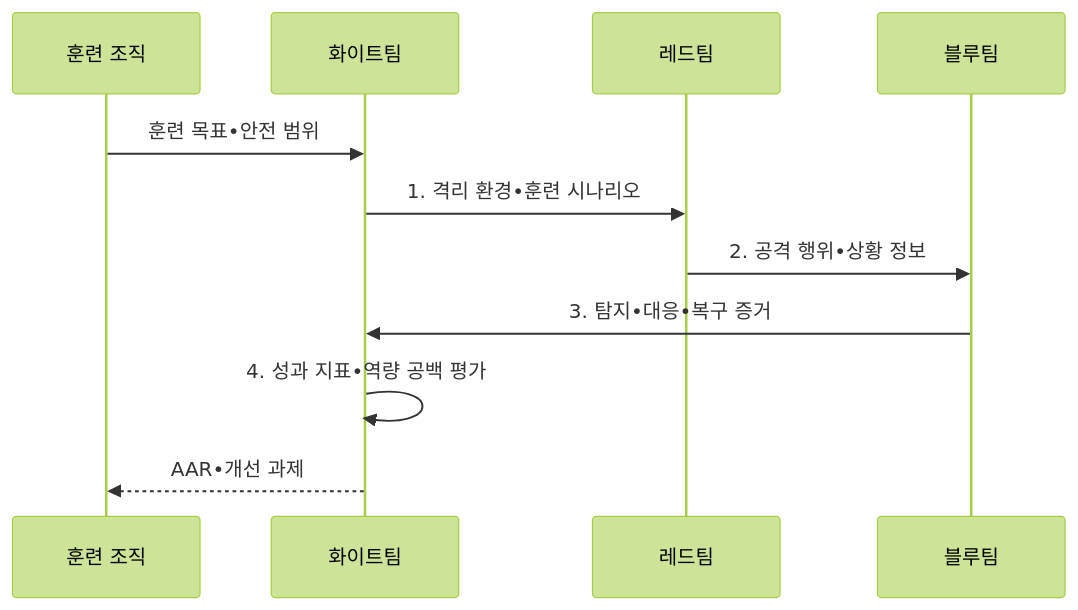
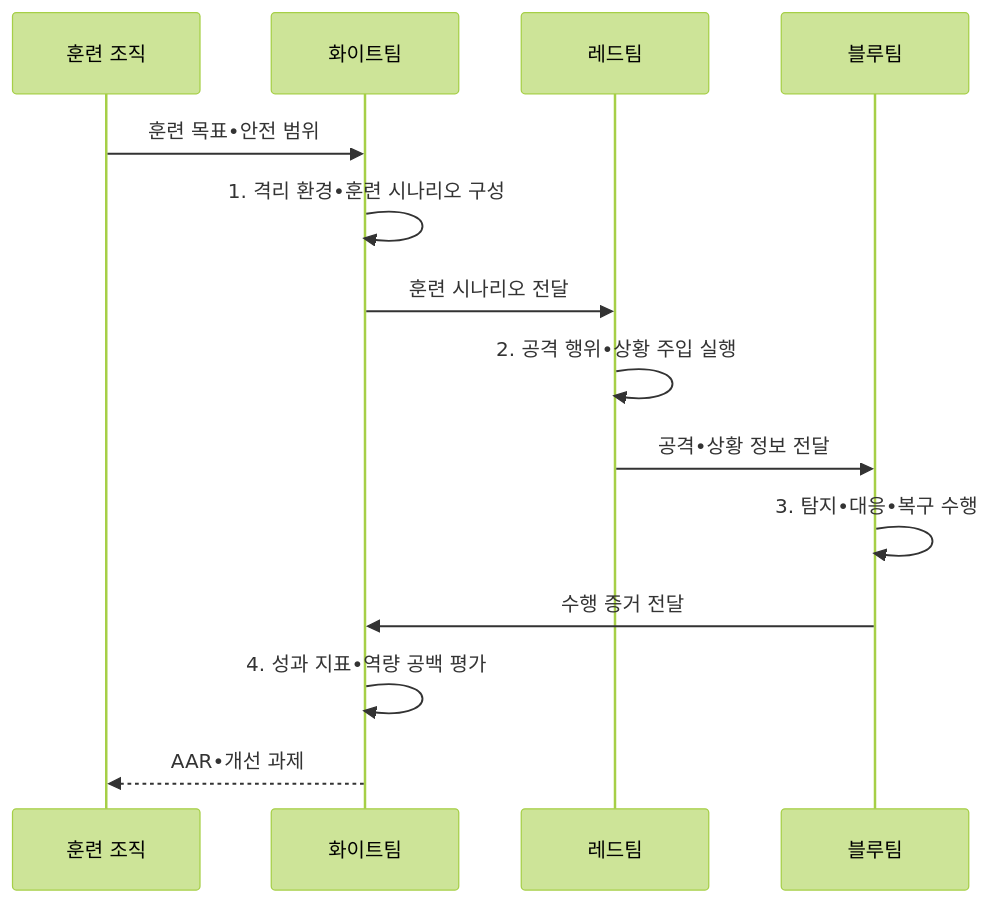
Before and after one commit to agnusdei1207/knowledge-base: the second of 2 diagrams in src/content/docs/notes/05-security/123_cyber_range_training.md, drawn with Mermaid (forest theme). The commit also changed other lines of this file and 19 other files, not shown here.

````diff
--- a/src/content/docs/notes/05-security/123_cyber_range_training.md
+++ b/src/content/docs/notes/05-security/123_cyber_range_training.md
@@ -101,13 +101,16 @@
 ```mermaid
 sequenceDiagram
   participant O as 훈련 조직
   participant W as 화이트팀
   participant R as 레드팀
   participant B as 블루팀
   O->>W: 훈련 목표•안전 범위
-  W->>R: 1. 격리 환경•훈련 시나리오
-  R->>B: 2. 공격 행위•상황 정보
-  B->>W: 3. 탐지•대응•복구 증거
+  W->>W: 1. 격리 환경•훈련 시나리오 구성
+  W->>R: 훈련 시나리오 전달
+  R->>R: 2. 공격 행위•상황 주입 실행
+  R->>B: 공격•상황 정보 전달
+  B->>B: 3. 탐지•대응•복구 수행
+  B->>W: 수행 증거 전달
   W->>W: 4. 성과 지표•역량 공백 평가
   W-->>O: AAR•개선 과제
 ```
````
